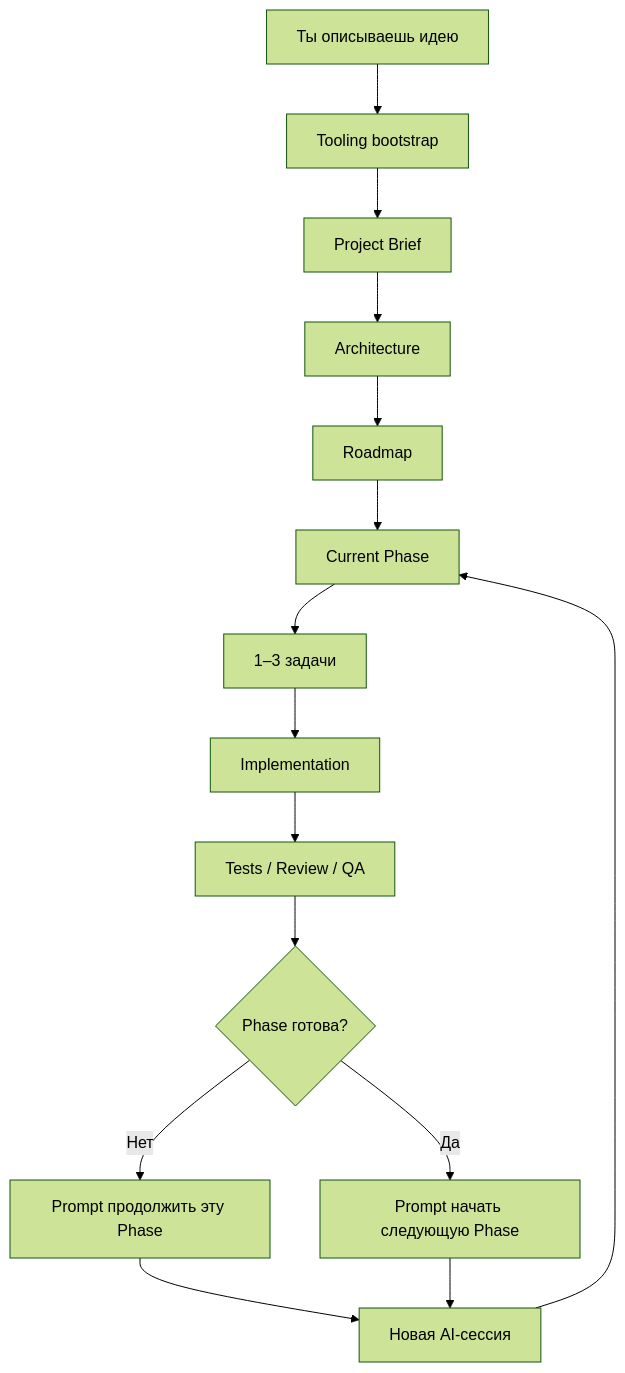
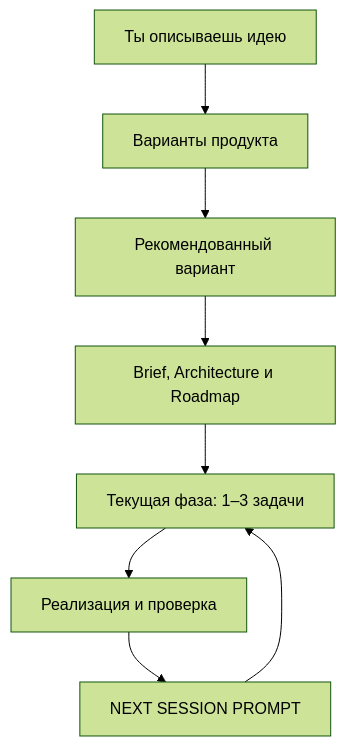
Before and after one commit to Elguajo/Token-Efficient-Spec-Kit: the diagram in README.md, drawn with Mermaid (forest theme). The commit also changed other lines of this file and 30 other files, not shown here.

````diff
--- a/README.md
+++ b/README.md
@@ -192,17 +95,10 @@
 ```mermaid
 flowchart TD
-    A[Ты описываешь идею] --> B[Tooling bootstrap]
-    B --> C[Project Brief]
-    C --> D[Architecture]
-    D --> E[Roadmap]
-    E --> F[Current Phase]
-    F --> G[1–3 задачи]
-    G --> H[Implementation]
-    H --> I[Tests / Review / QA]
-    I --> J{Phase готова?}
-    J -- Нет --> K[Prompt продолжить эту Phase]
-    J -- Да --> L[Prompt начать следующую Phase]
-    K --> M[Новая AI-сессия]
-    L --> M
-    M --> F
+    A["Ты описываешь идею"] --> B["Варианты продукта"]
+    B --> C["Рекомендованный вариант"]
+    C --> D["Brief, Architecture и Roadmap"]
+    D --> E["Текущая фаза: 1–3 задачи"]
+    E --> F["Реализация и проверка"]
+    F --> G["NEXT SESSION PROMPT"]
+    G --> E
 ```
````
